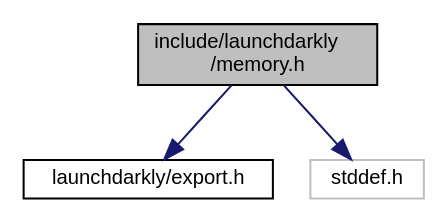
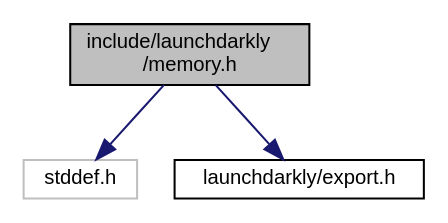
One commit to launchdarkly/c-server-sdk changed the diagram in memory_8h__incl.dot. Above: the diagram before and after it, drawn with Graphviz. The commit also changed 109 other files, not shown here.

```diff
--- a/memory_8h__incl.dot
+++ b/memory_8h__incl.dot
@@ -1,10 +1,10 @@
 digraph "include/launchdarkly/memory.h"
 {
   edge [fontname="Helvetica",fontsize="10",labelfontname="Helvetica",labelfontsize="10"];
   node [fontname="Helvetica",fontsize="10",shape=record];
   Node0 [label="include/launchdarkly\l/memory.h",height=0.2,width=0.4,color="black", fillcolor="grey75", style="filled", fontcolor="black"];
   Node0 -> Node1 [color="midnightblue",fontsize="10",style="solid",fontname="Helvetica"];
-  Node1 [label="launchdarkly/export.h",height=0.2,width=0.4,color="black", fillcolor="white", style="filled",URL="$export_8h.html",tooltip="Public. Configuration of exported symbols. "];
+  Node1 [label="stddef.h",height=0.2,width=0.4,color="grey75", fillcolor="white", style="filled"];
   Node0 -> Node2 [color="midnightblue",fontsize="10",style="solid",fontname="Helvetica"];
-  Node2 [label="stddef.h",height=0.2,width=0.4,color="grey75", fillcolor="white", style="filled"];
+  Node2 [label="launchdarkly/export.h",height=0.2,width=0.4,color="black", fillcolor="white", style="filled",URL="$export_8h.html",tooltip="Public. Configuration of exported symbols. "];
 }
```
